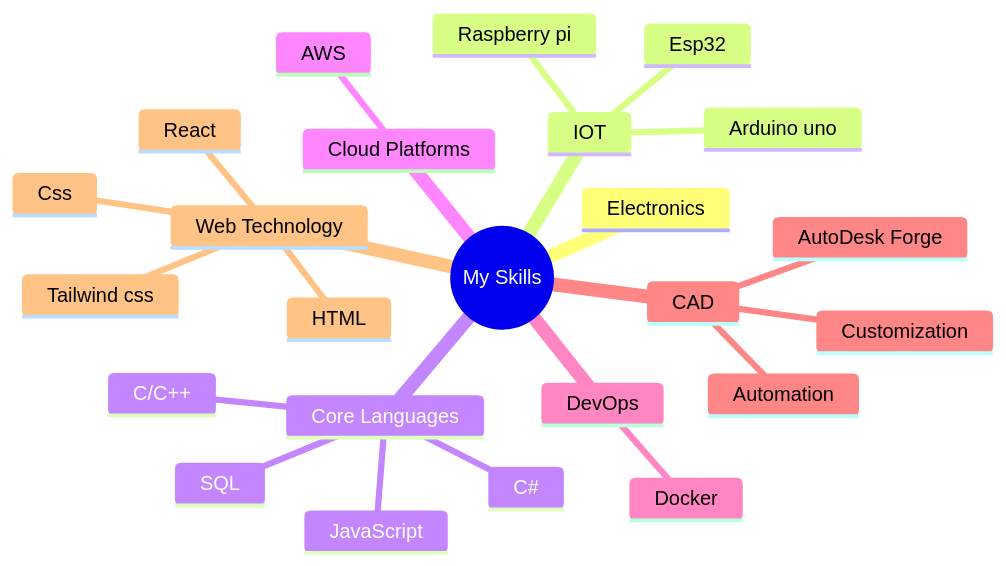
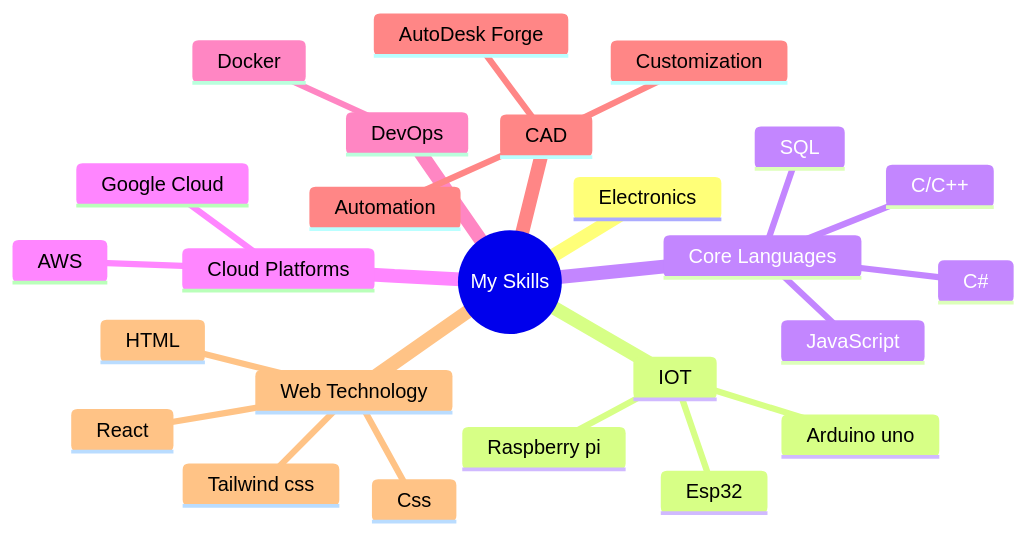
Before and after one commit to Ankan5960/Ankan5960: the diagram in README.md, drawn with Mermaid.

````diff
--- a/README.md
+++ b/README.md
@@ -30,27 +30,28 @@
 ```mermaid
 mindmap
   root((My Skills))
     Electronics
     IOT
       Esp32
       Arduino uno
       Raspberry pi
     Core Languages
       C/C++
       JavaScript
       C#
       SQL
     Cloud Platforms
       AWS
+      Google Cloud
     DevOps
       Docker
     CAD
       Customization
       Automation
       AutoDesk Forge
     Web Technology
       React
       HTML
       Css
       Tailwind css
 ```
````
